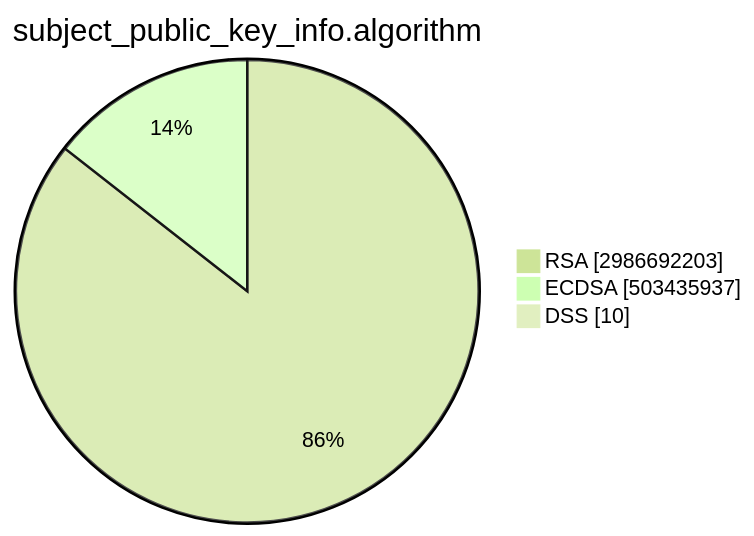
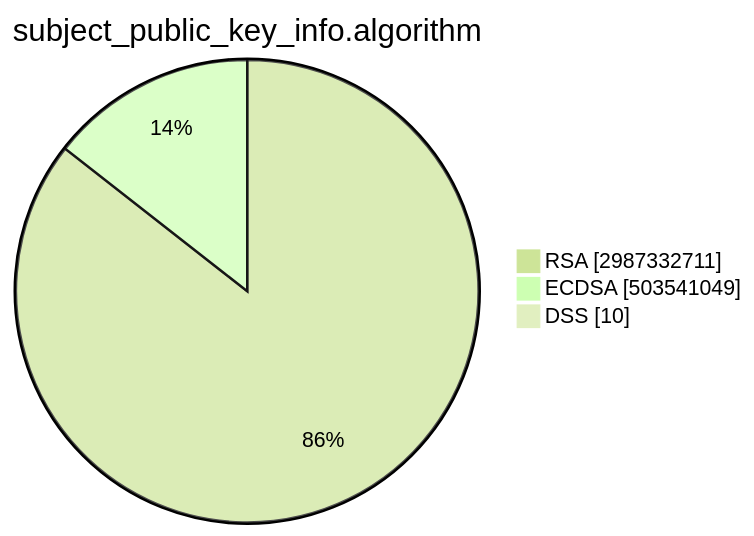
The second of 15 diagrams in TOTAL/README.md (christiankrug/ctmonitor_visualization), drawn with Mermaid (forest theme) before and after one commit. The commit also changed other lines of this file, not shown here.

````diff
--- a/TOTAL/README.md
+++ b/TOTAL/README.md
@@ -6,7 +6,7 @@
 ```mermaid
 pie showData
 title subject_public_key_info.algorithm
-"RSA" :2986692203
-"ECDSA" :503435937
+"RSA" :2987332711
+"ECDSA" :503541049
 "DSS" :10
 ```
````
